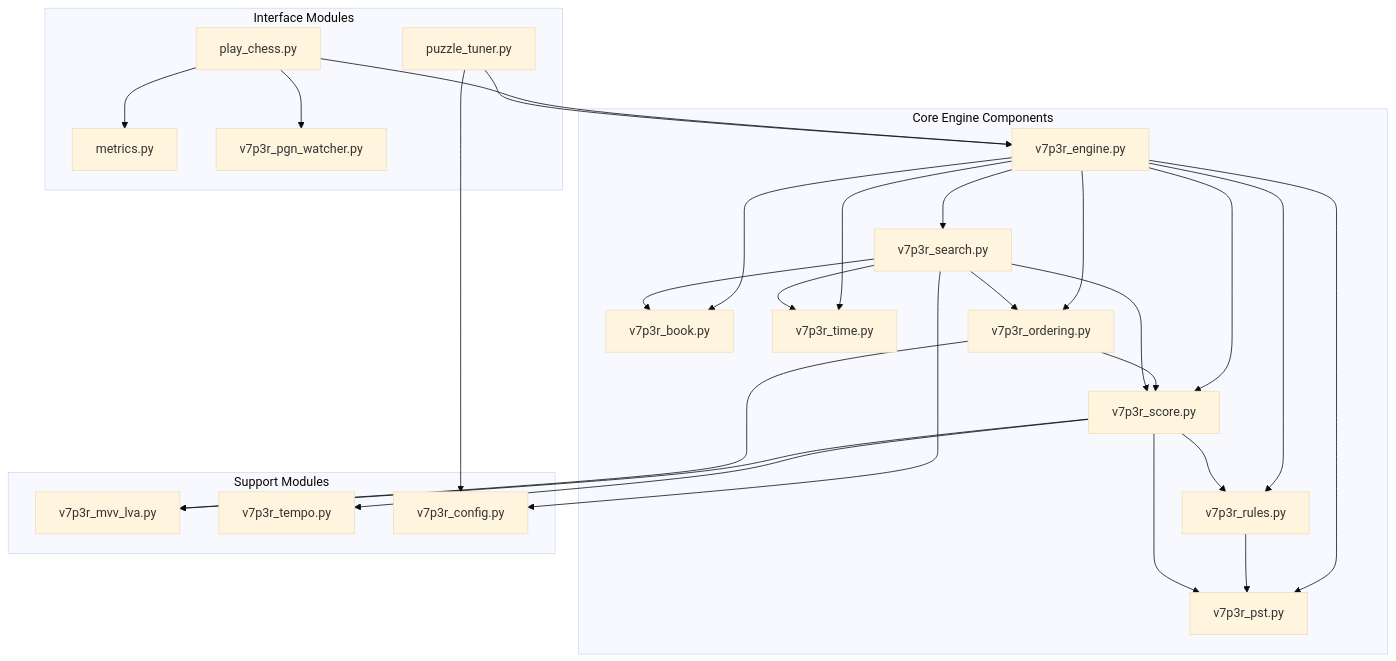
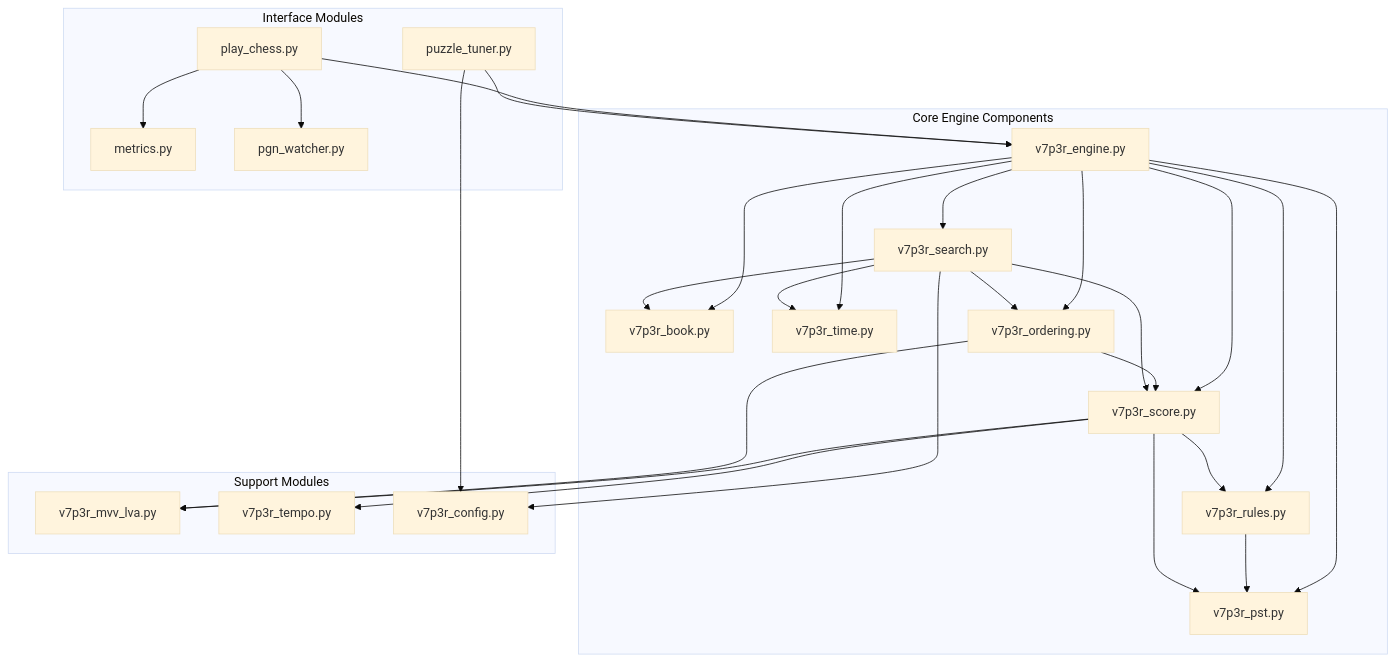
Before and after one commit to pssnyder/v7p3r-chess-engine: the diagram in docs/MODULE_DEPENDENCIES.md, drawn with Mermaid (base theme). The commit also changed other lines of this file and 8 other files, not shown here.

````diff
--- a/docs/MODULE_DEPENDENCIES.md
+++ b/docs/MODULE_DEPENDENCIES.md
@@ -3,56 +3,56 @@
 ```mermaid
 graph TD
     A[v7p3r_engine.py] --> B[v7p3r_pst.py]
     A --> C[v7p3r_book.py]
     A --> D[v7p3r_time.py]
     A --> E[v7p3r_rules.py]
     A --> F[v7p3r_score.py]
     A --> G[v7p3r_ordering.py]
     A --> H[v7p3r_search.py]
     
     E --> B
     F --> E
     F --> B
     F --> I[v7p3r_mvv_lva.py]
     F --> J[v7p3r_tempo.py]
     
     G --> F
     G --> I
     
     H --> G
     H --> F
     H --> D
     H --> C
     H --> K[v7p3r_config.py]
 
     L[play_chess.py] --> A
     L --> M[metrics.py]
-    L --> N[v7p3r_pgn_watcher.py]
+    L --> N[pgn_watcher.py]
     
     O[puzzle_tuner.py] --> A
     O --> K
 
     subgraph Core Engine Components
         A
         B
         C
         D
         E
         F
         G
         H
     end
 
     subgraph Support Modules
         I
         J
         K
     end
 
     subgraph Interface Modules
         L
         M
         N
         O
     end
 ```
````
